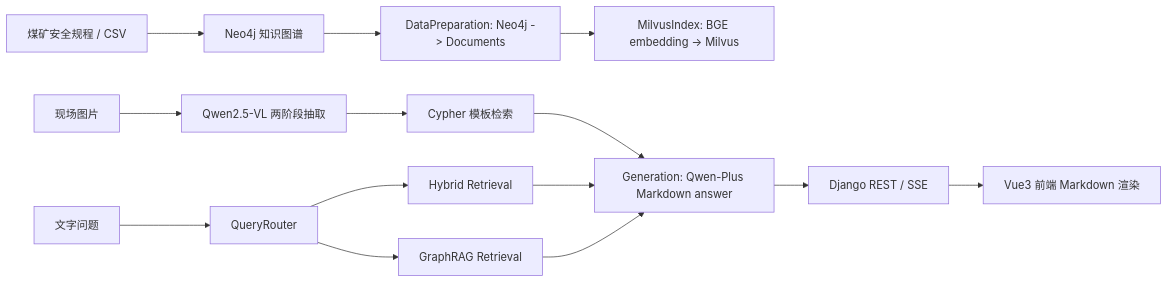
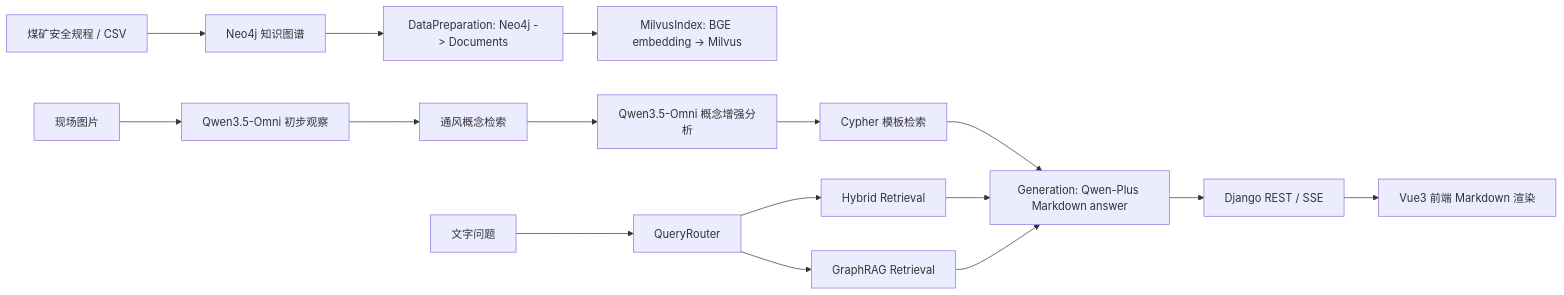
The diagram in docs/architecture.md (YaeZed/ventilation-graph-rag), drawn with Mermaid before and after one commit. The commit also changed other lines of this file and 21 other files, not shown here.

````diff
--- a/docs/architecture.md
+++ b/docs/architecture.md
@@ -9,16 +9,18 @@
 ```mermaid
 flowchart LR
   A["煤矿安全规程 / CSV"] --> B["Neo4j 知识图谱"]
   B --> C["DataPreparation: Neo4j -> Documents"]
   C --> D["MilvusIndex: BGE embedding -> Milvus"]
   Q["文字问题"] --> R["QueryRouter"]
-  IMG["现场图片"] --> VL["Qwen2.5-VL 两阶段抽取"]
+  IMG["现场图片"] --> OBS["Qwen3.5-Omni 初步观察"]
+  OBS --> CONCEPT["通风概念检索"]
+  CONCEPT --> VL["Qwen3.5-Omni 概念增强分析"]
   VL --> T["Cypher 模板检索"]
   R --> H["Hybrid Retrieval"]
   R --> G["GraphRAG Retrieval"]
   T --> GEN["Generation: Qwen-Plus Markdown answer"]
   H --> GEN
   G --> GEN
   GEN --> API["Django REST / SSE"]
   API --> UI["Vue3 前端 Markdown 渲染"]
 ```
````
